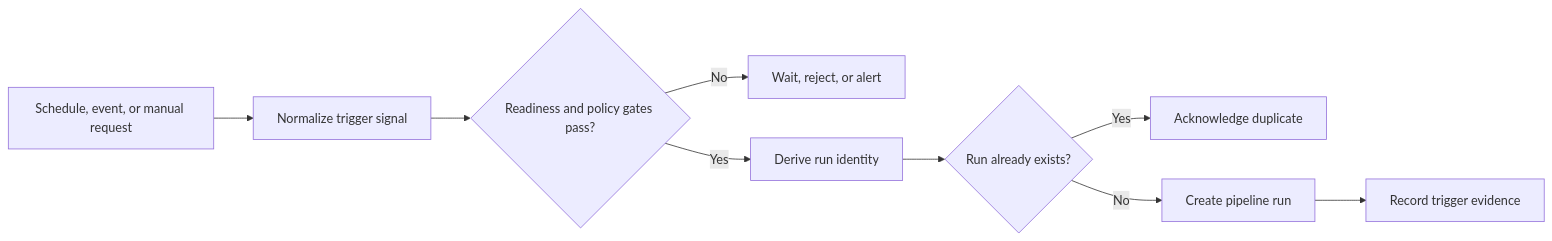
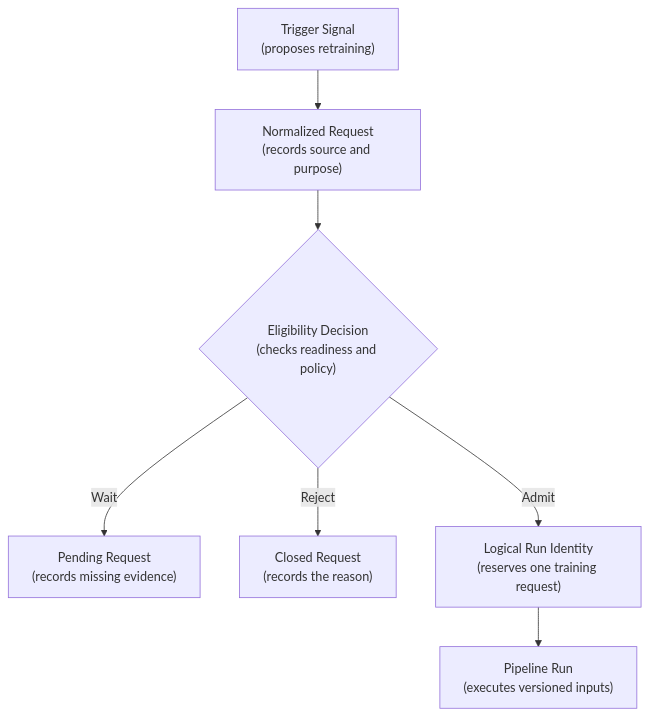
Before and after one commit to senlinyy/dev-roadmaps: the first of 3 diagrams in roadmaps/mlops/modules/training-pipelines/pipeline-design/03-scheduled-vs-event-based-training.md, drawn with Mermaid. The commit also changed other lines of this file and 198 other files, not shown here.

````diff
--- a/roadmaps/mlops/modules/training-pipelines/pipeline-design/03-scheduled-vs-event-based-training.md
+++ b/roadmaps/mlops/modules/training-pipelines/pipeline-design/03-scheduled-vs-event-based-training.md
@@ -22,11 +49,9 @@
 ```mermaid
-flowchart LR
-    S["Schedule, event, or manual request"] --> N["Normalize trigger signal"]
-    N --> G{"Readiness and policy gates pass?"}
-    G -->|No| W["Wait, reject, or alert"]
-    G -->|Yes| I["Derive run identity"]
-    I --> D{"Run already exists?"}
-    D -->|Yes| A["Acknowledge duplicate"]
-    D -->|No| R["Create pipeline run"]
-    R --> E["Record trigger evidence"]
+flowchart TD
+    S["Trigger Signal<br/>(proposes retraining)"] --> N["Normalized Request<br/>(records source and purpose)"]
+    N --> G{"Eligibility Decision<br/>(checks readiness and policy)"}
+    G -->|Wait| W["Pending Request<br/>(records missing evidence)"]
+    G -->|Reject| X["Closed Request<br/>(records the reason)"]
+    G -->|Admit| I["Logical Run Identity<br/>(reserves one training request)"]
+    I --> R["Pipeline Run<br/>(executes versioned inputs)"]
 ```
````
